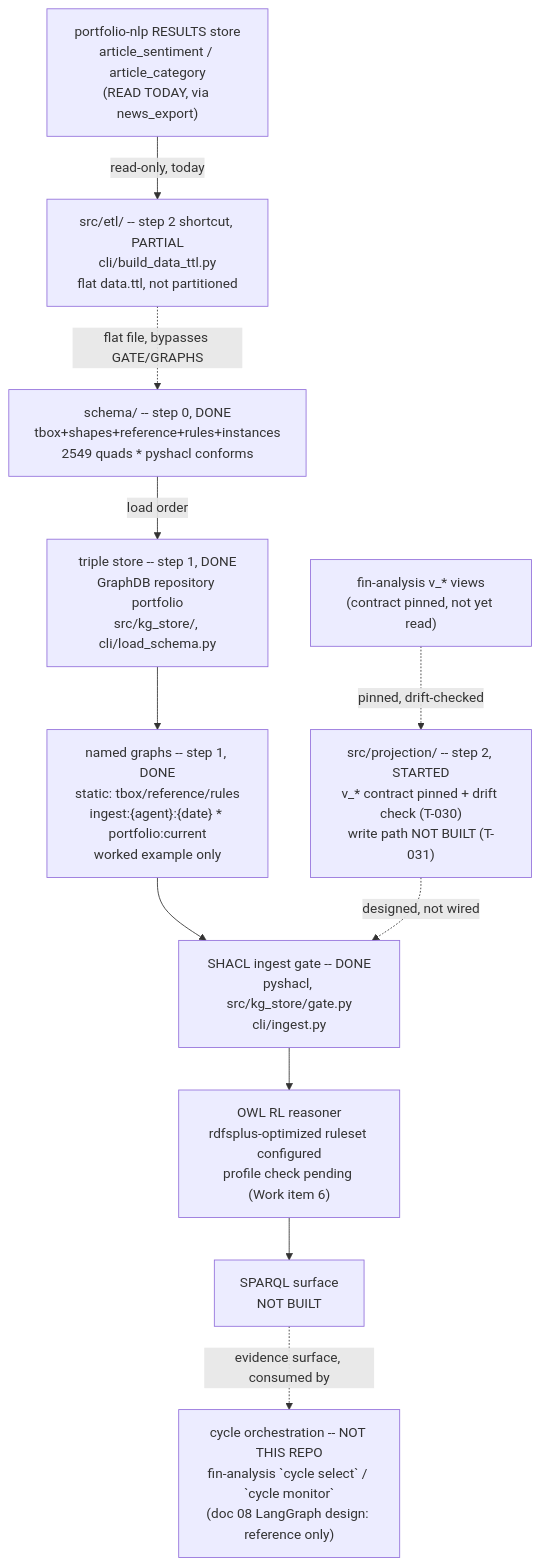
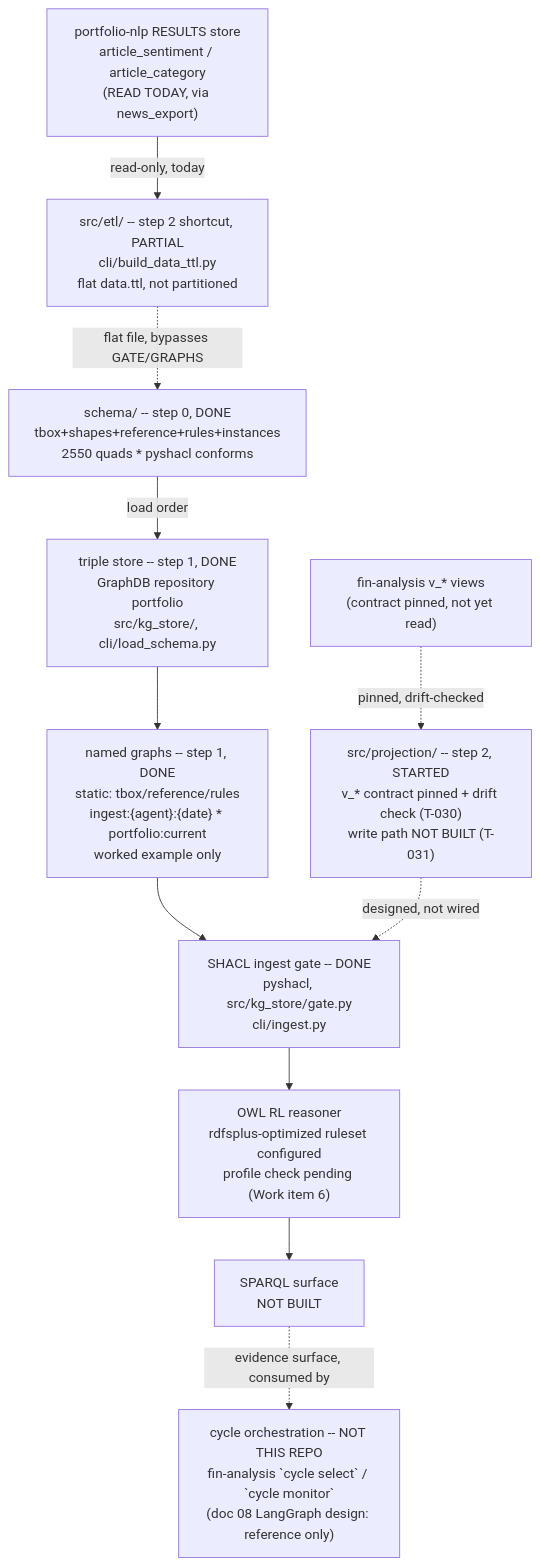
The diagram in .specify/memory/SPEC.md (gamug/portfolio-knowledge-graph), drawn with Mermaid before and after one commit. The commit also changed other lines of this file and 6 other files, not shown here.

Commit message:
feat(schema): VetoShape refuses a clearing before a sighting; record D10 and file T-192 (T-185)

````diff
--- a/.specify/memory/SPEC.md
+++ b/.specify/memory/SPEC.md
@@ -639,22 +639,22 @@
 ```mermaid
 flowchart TB
-    SCHEMA["schema/ -- step 0, DONE<br/>tbox+shapes+reference+rules+instances<br/>2549 quads * pyshacl conforms"]
+    SCHEMA["schema/ -- step 0, DONE<br/>tbox+shapes+reference+rules+instances<br/>2550 quads * pyshacl conforms"]
     STORE["triple store -- step 1, DONE<br/>GraphDB repository portfolio<br/>src/kg_store/, cli/load_schema.py"]
     GRAPHS["named graphs -- step 1, DONE<br/>static: tbox/reference/rules<br/>ingest:{agent}:{date} * portfolio:current<br/>worked example only"]
     GATE["SHACL ingest gate -- DONE<br/>pyshacl, src/kg_store/gate.py<br/>cli/ingest.py"]
     PROJ["src/projection/ -- step 2, STARTED<br/>v_* contract pinned + drift check (T-030)<br/>write path NOT BUILT (T-031)"]
     FIN["fin-analysis v_* views<br/>(contract pinned, not yet read)"]
     NLPRES["portfolio-nlp RESULTS store<br/>article_sentiment / article_category<br/>(READ TODAY, via news_export)"]
     ETL["src/etl/ -- step 2 shortcut, PARTIAL<br/>cli/build_data_ttl.py<br/>flat data.ttl, not partitioned"]
     REASON["OWL RL reasoner<br/>rdfsplus-optimized ruleset configured<br/>profile check pending (Work item 6)"]
     SPARQL["SPARQL surface<br/>NOT BUILT"]
     AGENTS["cycle orchestration -- NOT THIS REPO<br/>fin-analysis `cycle select` / `cycle monitor`<br/>(doc 08 LangGraph design: reference only)"]
 
     SCHEMA -->|load order| STORE --> GRAPHS --> GATE
     FIN -.->|pinned, drift-checked| PROJ
     PROJ -.->|designed, not wired| GATE
     NLPRES -->|read-only, today| ETL
     ETL -.->|flat file, bypasses GATE/GRAPHS| SCHEMA
     GATE --> REASON --> SPARQL
     SPARQL -.->|evidence surface, consumed by| AGENTS
 ```
````
